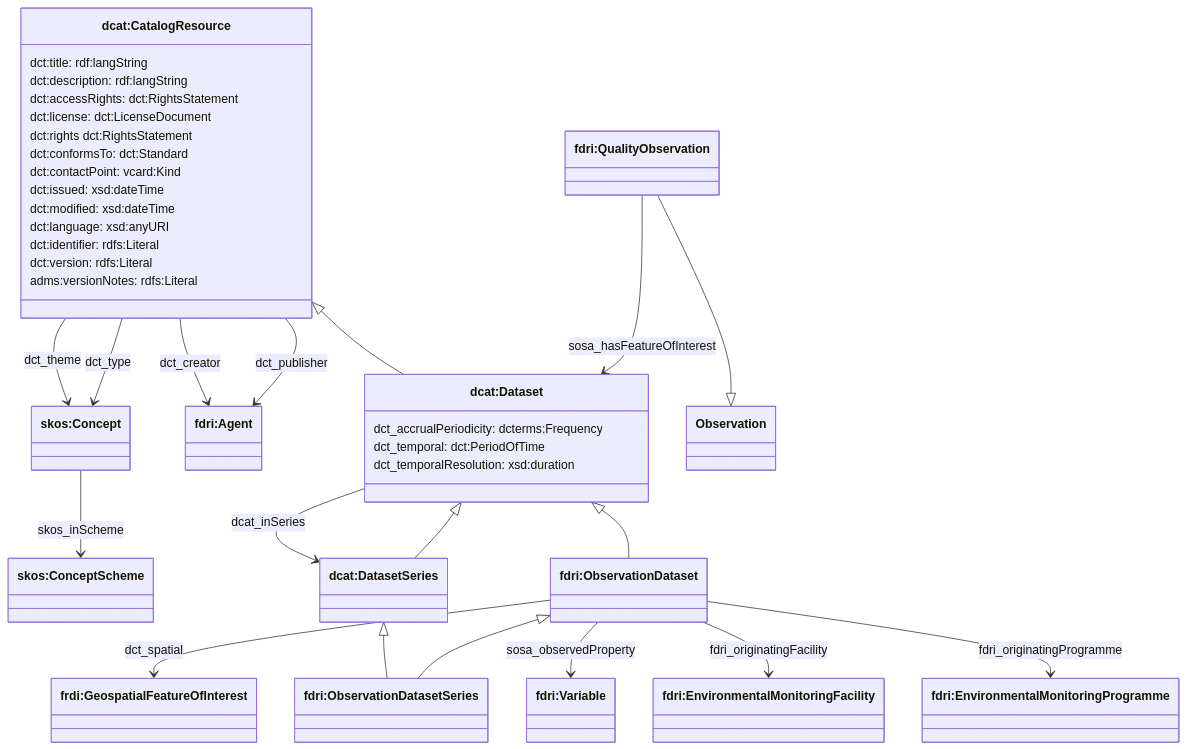
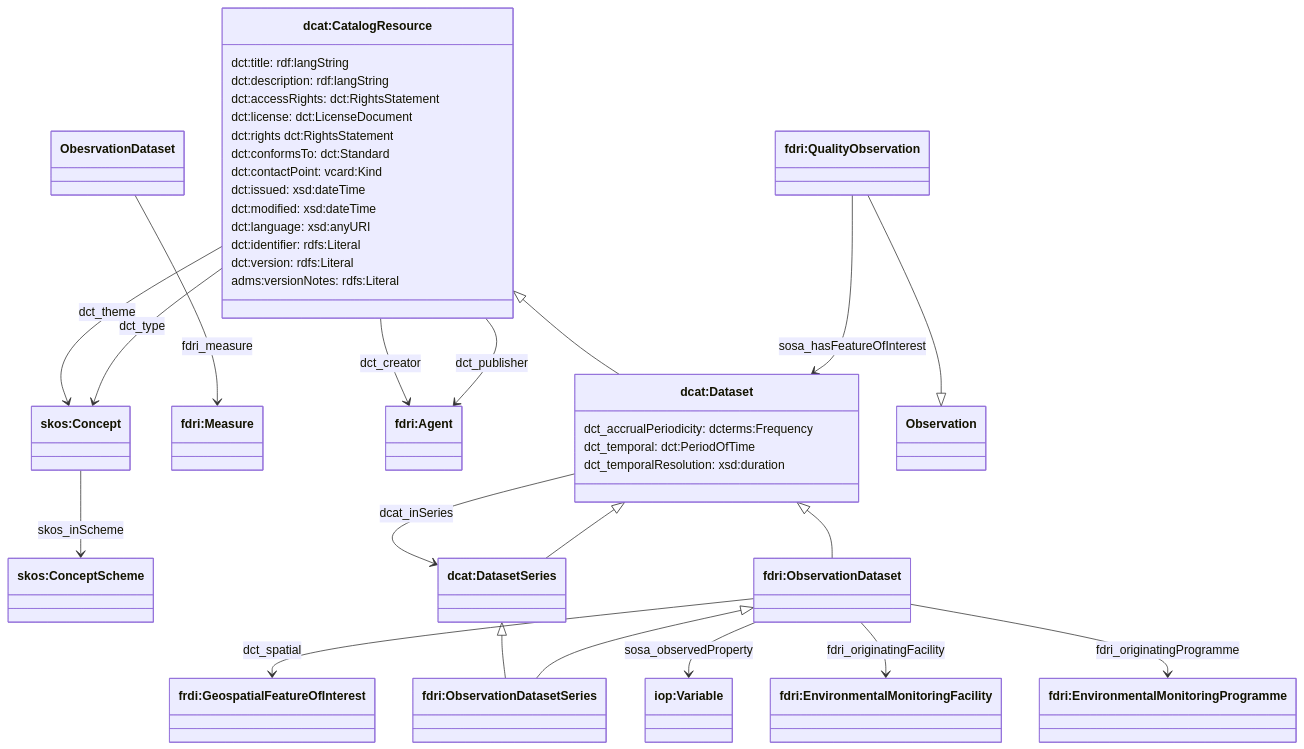
One commit to NERC-CEH/fdri-ontology changed the third of 3 diagrams in ontology/doc/high-level-catalog-structure.md. Above: the diagram before and after it, drawn with Mermaid. The commit also changed 7 other files, not shown here.

````diff
--- a/ontology/doc/high-level-catalog-structure.md
+++ b/ontology/doc/high-level-catalog-structure.md
@@ -115,57 +115,59 @@
 ```mermaid
   classDiagram
   class CatalogResource["dcat:CatalogResource"]
   class Concept["skos:Concept"]
   class ConceptScheme["skos:ConceptScheme"]
-  class ObservedProperty["fdri:Variable"]
+  class ObservedProperty["iop:Variable"]
+  class Measure["fdri:Measure"]
   class Program["fdri:EnvironmentalMonitoringProgramme"]
   class Facility["fdri:EnvironmentalMonitoringFacility"]
   class Agent["fdri:Agent"]
   class GeospatialFeatureOfInterest["frdi:GeospatialFeatureOfInterest"]
   class QualityObservation["fdri:QualityObservation"]
   class Dataset["dcat:Dataset"]
   class ObservationDataset["fdri:ObservationDataset"]
   class ObservationDatasetSeries["fdri:ObservationDatasetSeries"]
   class DatasetSeries["dcat:DatasetSeries"]
   class Dataset {
     dct_accrualPeriodicity: dcterms:Frequency
     dct_temporal: dct:PeriodOfTime
     dct_temporalResolution: xsd:duration
   }
   class CatalogResource {
     dct:title: rdf:langString
     dct:description: rdf:langString
 
     dct:accessRights: dct:RightsStatement
     dct:license: dct:LicenseDocument
     dct:rights dct:RightsStatement
 
     dct:conformsTo: dct:Standard
     dct:contactPoint: vcard:Kind
     dct:issued: xsd:dateTime
     dct:modified: xsd:dateTime
     dct:language: xsd:anyURI
     dct:identifier: rdfs:Literal
 
     dct:version: rdfs:Literal
     adms:versionNotes: rdfs:Literal
   }
 
   CatalogResource <|-- Dataset
   Concept --> ConceptScheme: skos_inScheme
   ObservationDataset --> GeospatialFeatureOfInterest : dct_spatial
   Dataset <|-- ObservationDataset
   DatasetSeries <|-- ObservationDatasetSeries
   ObservationDataset <|-- ObservationDatasetSeries
   CatalogResource --> Concept: dct_theme
   ObservationDataset --> ObservedProperty: sosa_observedProperty
+  ObesrvationDataset --> Measure: fdri_measure
   ObservationDataset --> Facility: fdri_originatingFacility
   ObservationDataset --> Program: fdri_originatingProgramme
   CatalogResource --> Agent: dct_creator
   CatalogResource --> Agent: dct_publisher
   DatasetSeries --|> Dataset
   Dataset --> DatasetSeries: dcat_inSeries
   CatalogResource --> Concept: dct_type
   QualityObservation --|> Observation
   QualityObservation --> Dataset: sosa_hasFeatureOfInterest
 ```
````
